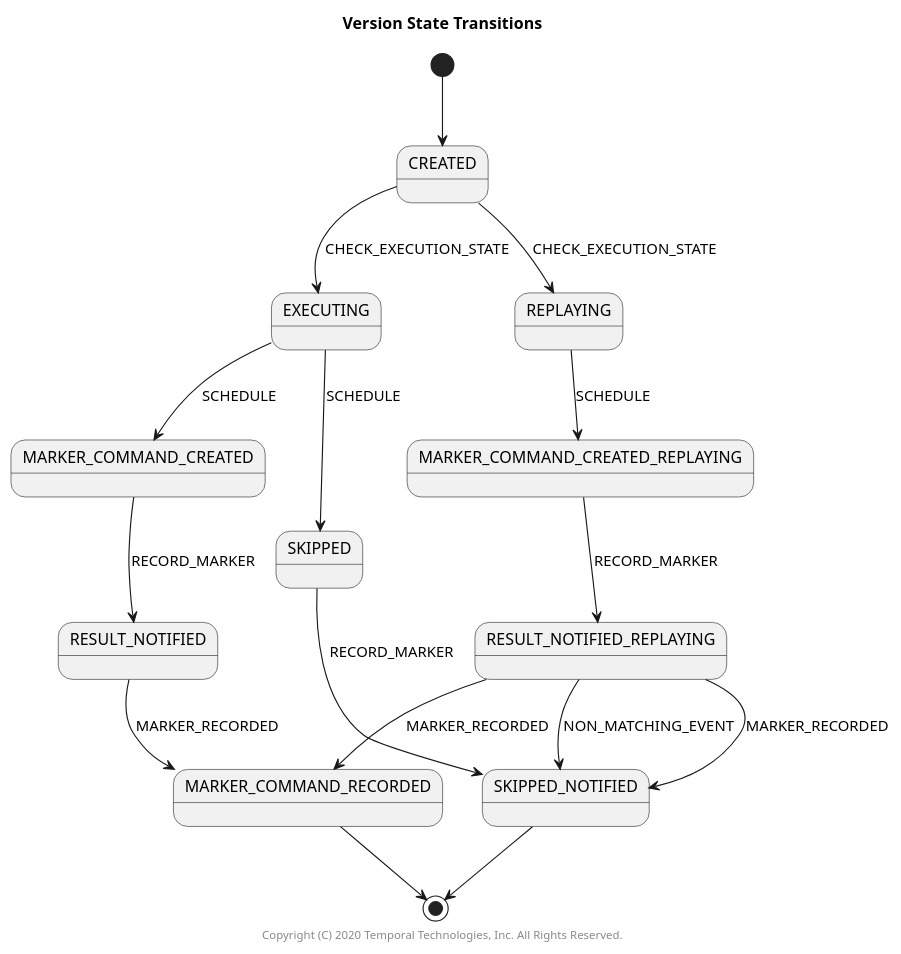
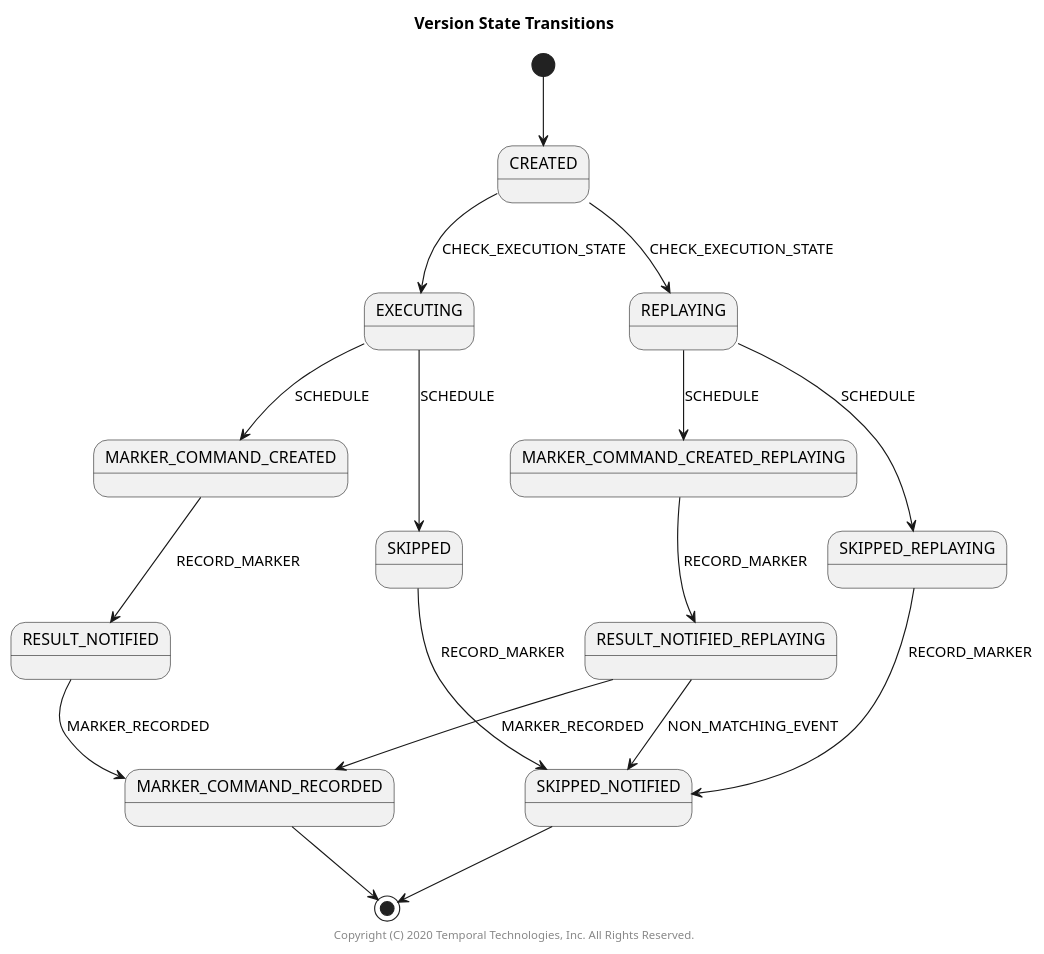
The diagram in temporal-sdk/src/main/java/io/temporal/internal/statemachines/VersionStateMachine.puml (temporalio/sdk-java), drawn with PlantUML before and after one commit. The commit also changed 20 other files, not shown here.

```diff
--- a/temporal-sdk/src/main/java/io/temporal/internal/statemachines/VersionStateMachine.puml
+++ b/temporal-sdk/src/main/java/io/temporal/internal/statemachines/VersionStateMachine.puml
@@ -23,20 +23,21 @@
 @startuml
 title Version State Transitions
 
 [*] --> CREATED
 CREATED --> REPLAYING: CHECK_EXECUTION_STATE
 CREATED --> EXECUTING: CHECK_EXECUTION_STATE
 EXECUTING --> MARKER_COMMAND_CREATED: SCHEDULE
 EXECUTING --> SKIPPED: SCHEDULE
 MARKER_COMMAND_CREATED --> RESULT_NOTIFIED: RECORD_MARKER
 MARKER_COMMAND_CREATED_REPLAYING --> RESULT_NOTIFIED_REPLAYING: RECORD_MARKER
 REPLAYING --> MARKER_COMMAND_CREATED_REPLAYING: SCHEDULE
+REPLAYING --> SKIPPED_REPLAYING: SCHEDULE
 RESULT_NOTIFIED --> MARKER_COMMAND_RECORDED: MARKER_RECORDED
+RESULT_NOTIFIED_REPLAYING --> MARKER_COMMAND_RECORDED: MARKER_RECORDED
 RESULT_NOTIFIED_REPLAYING --> SKIPPED_NOTIFIED: NON_MATCHING_EVENT
-RESULT_NOTIFIED_REPLAYING --> MARKER_COMMAND_RECORDED: MARKER_RECORDED
-RESULT_NOTIFIED_REPLAYING --> SKIPPED_NOTIFIED: MARKER_RECORDED
 SKIPPED --> SKIPPED_NOTIFIED: RECORD_MARKER
+SKIPPED_REPLAYING --> SKIPPED_NOTIFIED: RECORD_MARKER
 MARKER_COMMAND_RECORDED --> [*]
 SKIPPED_NOTIFIED --> [*]
 center footer Copyright (C) 2020 Temporal Technologies, Inc. All Rights Reserved.
 @enduml
```
